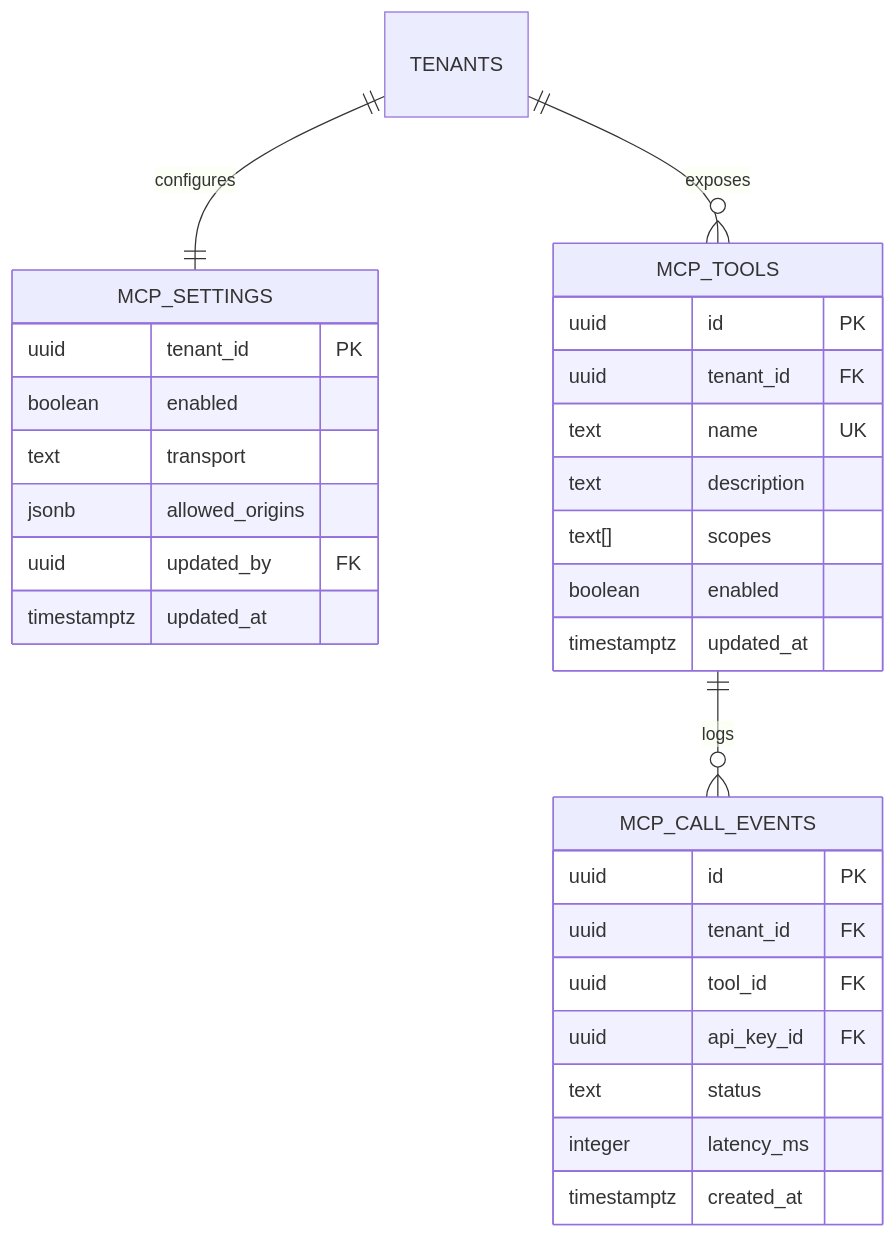
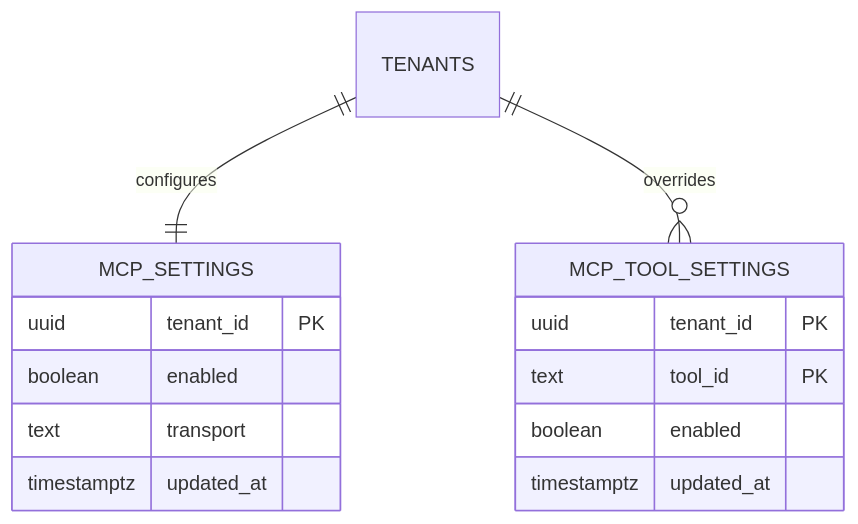
The fourth of 4 diagrams in docs/02-DER.md (alltomatos/dontstop), drawn with Mermaid before and after one commit. The commit also changed other lines of this file and 38 other files, not shown here.

First line of the commit message:
feat(mcp): add runtime, transports and combo management tools

````diff
--- a/docs/02-DER.md
+++ b/docs/02-DER.md
@@ -599,33 +603,18 @@
 ```mermaid
 erDiagram
     TENANTS ||--|| MCP_SETTINGS : configures
-    TENANTS ||--o{ MCP_TOOLS : exposes
-    MCP_TOOLS ||--o{ MCP_CALL_EVENTS : logs
+    TENANTS ||--o{ MCP_TOOL_SETTINGS : overrides
 
     MCP_SETTINGS {
       uuid tenant_id PK
       boolean enabled
       text transport
-      jsonb allowed_origins
-      uuid updated_by FK
       timestamptz updated_at
     }
-    MCP_TOOLS {
-      uuid id PK
-      uuid tenant_id FK
-      text name UK
-      text description
-      text[] scopes
+    MCP_TOOL_SETTINGS {
+      uuid tenant_id PK
+      text tool_id PK
       boolean enabled
       timestamptz updated_at
     }
-    MCP_CALL_EVENTS {
-      uuid id PK
-      uuid tenant_id FK
-      uuid tool_id FK
-      uuid api_key_id FK
-      text status
-      integer latency_ms
-      timestamptz created_at
-    }
 ```
````
